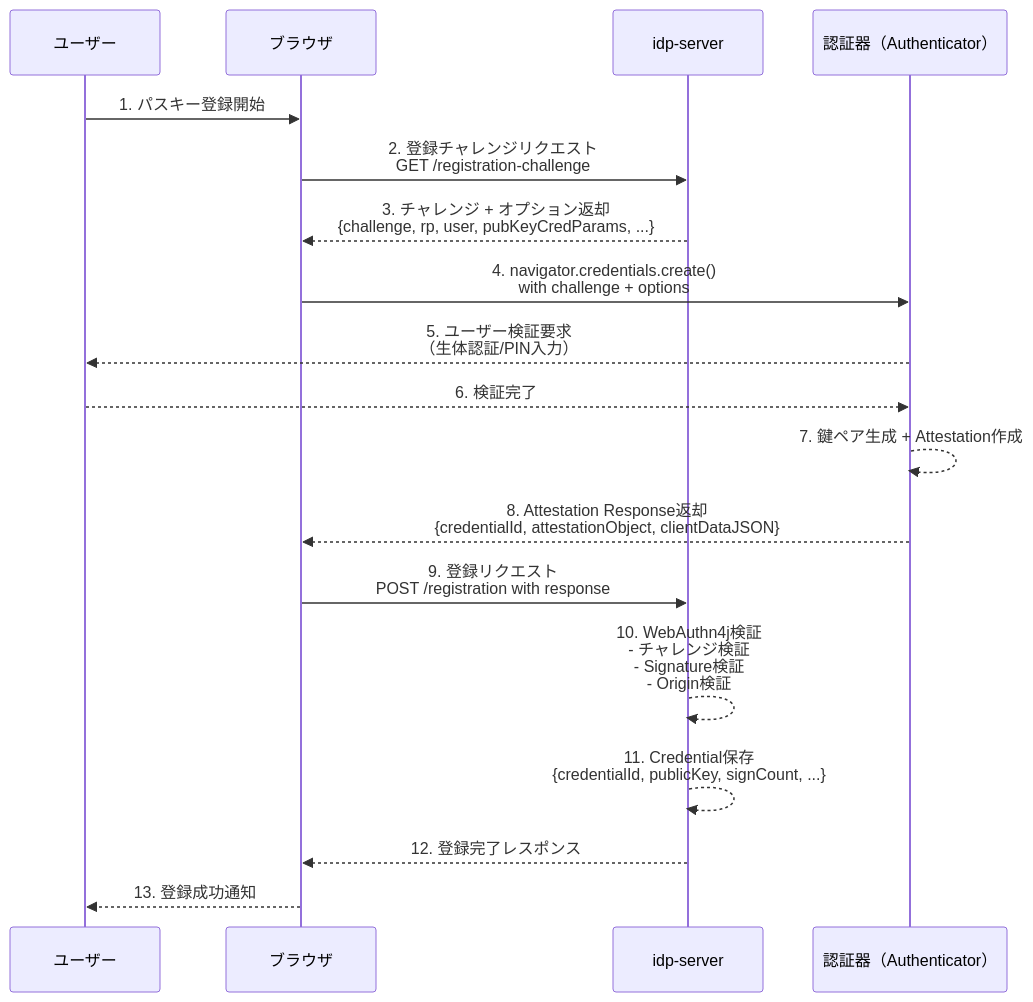
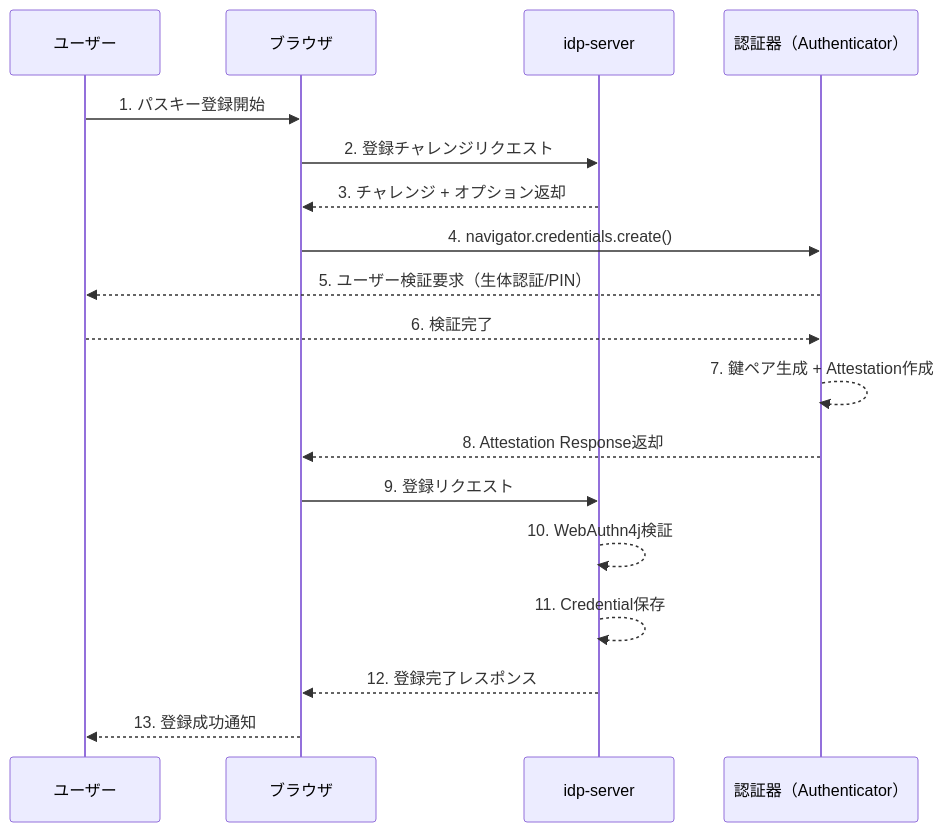
The first of 2 diagrams in documentation/docs/content_04_protocols/protocol-04-fido2-webauthn.md (hirokazu-kobayashi-koba-hiro/idp-server), drawn with Mermaid before and after one commit. The commit also changed other lines of this file and 1 other file, not shown here.

````diff
--- a/documentation/docs/content_04_protocols/protocol-04-fido2-webauthn.md
+++ b/documentation/docs/content_04_protocols/protocol-04-fido2-webauthn.md
@@ -34,23 +50,23 @@
 ```mermaid
 sequenceDiagram
     participant User as ユーザー
     participant Browser as ブラウザ
     participant idp as idp-server
     participant Auth as 認証器（Authenticator）
 
     User ->> Browser: 1. パスキー登録開始
-    Browser ->> idp: 2. 登録チャレンジリクエスト<br/>GET /registration-challenge
-    idp -->> Browser: 3. チャレンジ + オプション返却<br/>{challenge, rp, user, pubKeyCredParams, ...}
+    Browser ->> idp: 2. 登録チャレンジリクエスト
+    idp -->> Browser: 3. チャレンジ + オプション返却
 
-    Browser ->> Auth: 4. navigator.credentials.create()<br/>with challenge + options
-    Auth -->> User: 5. ユーザー検証要求<br/>（生体認証/PIN入力）
+    Browser ->> Auth: 4. navigator.credentials.create()
+    Auth -->> User: 5. ユーザー検証要求（生体認証/PIN）
     User -->> Auth: 6. 検証完了
     Auth -->> Auth: 7. 鍵ペア生成 + Attestation作成
-    Auth -->> Browser: 8. Attestation Response返却<br/>{credentialId, attestationObject, clientDataJSON}
+    Auth -->> Browser: 8. Attestation Response返却
 
-    Browser ->> idp: 9. 登録リクエスト<br/>POST /registration with response
-    idp -->> idp: 10. WebAuthn4j検証<br/>- チャレンジ検証<br/>- Signature検証<br/>- Origin検証
-    idp -->> idp: 11. Credential保存<br/>{credentialId, publicKey, signCount, ...}
+    Browser ->> idp: 9. 登録リクエスト
+    idp -->> idp: 10. WebAuthn4j検証
+    idp -->> idp: 11. Credential保存
     idp -->> Browser: 12. 登録完了レスポンス
     Browser -->> User: 13. 登録成功通知
 ```
````
